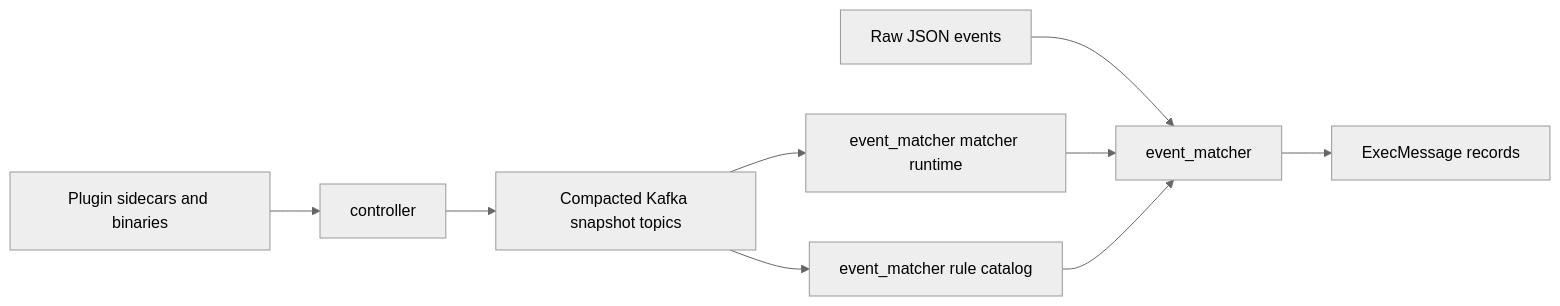
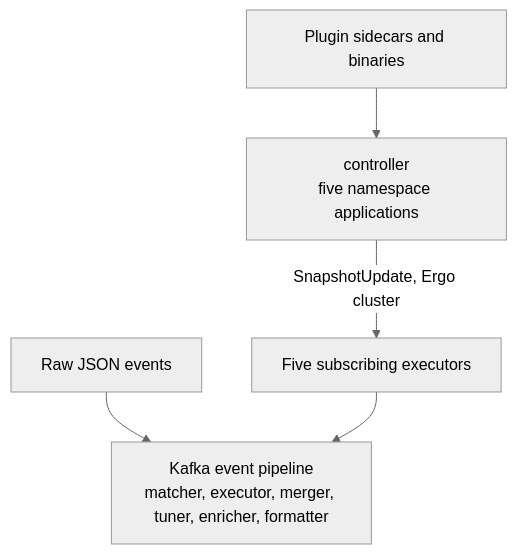
The diagram in README.md (HarishHary/blink), drawn with Mermaid (neutral theme) before and after one commit. The commit also changed other lines of this file and 115 other files, not shown here.

````diff
--- a/README.md
+++ b/README.md
@@ -51,11 +51,7 @@
 ```mermaid
-flowchart LR
-    configs[Plugin sidecars and binaries] --> controller[controller]
-    controller --> snapshots[Compacted Kafka snapshot topics]
-    snapshots --> matcherRuntime[event_matcher matcher runtime]
-    snapshots --> ruleCatalog[event_matcher rule catalog]
-    events[Raw JSON events] --> matcher[event_matcher]
-    matcherRuntime --> matcher
-    ruleCatalog --> matcher
-    matcher --> exec[ExecMessage records]
+flowchart TB
+    configs[Plugin sidecars and binaries] --> controller[controller\nfive namespace applications]
+    controller -->|SnapshotUpdate, Ergo cluster| executors[Five subscribing executors]
+    events[Raw JSON events] --> pipeline[Kafka event pipeline\nmatcher, executor, merger, tuner, enricher, formatter]
+    executors --> pipeline
 ```
````
